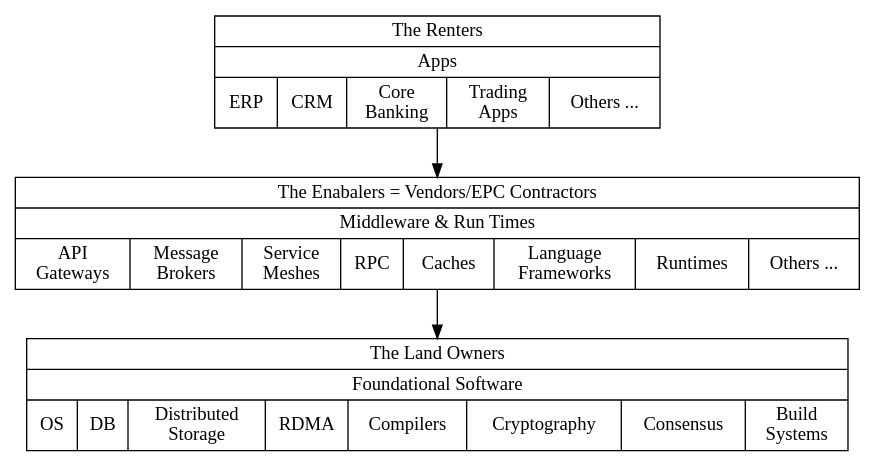
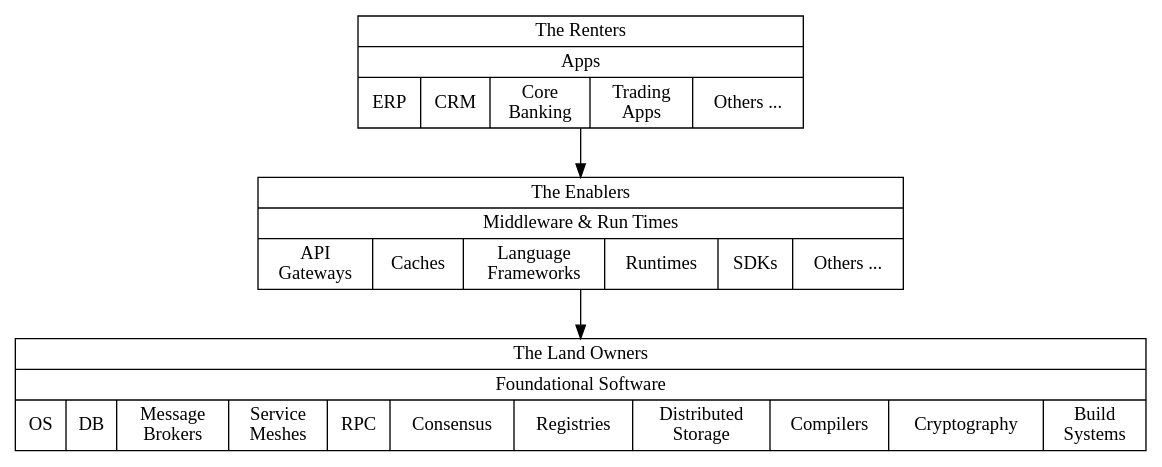
The second of 2 diagrams in articles/renting_the_floor_v4.qmd (gagan-p/articles-gp), drawn with Graphviz before and after one commit. The commit also changed other lines of this file, not shown here.

````diff
--- a/articles/renting_the_floor_v4.qmd
+++ b/articles/renting_the_floor_v4.qmd
@@ -151,15 +151,13 @@
 ```{dot}
 //| label: fig-software-stack
-//| fig-cap: "A dependency-oriented view of the software stack."
-//| label: fig-software-stack
-//| fig-cap: "A dependency-oriented view of the software stack."
+//| fig-cap: "Each layer depends on the one below it."
 digraph G {
     graph [rankdir=TB,splines=ortho,nodesep=0.5];
     node [shape=record,];
     app [label="{The Renters|Apps|{ERP|CRM|Core \nBanking|Trading \nApps|Others ...}}"];
-    middleware [label="{The Enabalers = Vendors/EPC Contractors| Middleware & Run Times|{API \nGateways | Message \nBrokers | Service \nMeshes | RPC | Caches | Language \nFrameworks | Runtimes|Others ...}}"];
-    foundation [label="{The Land Owners |Foundational Software|{OS|DB|Distributed \nStorage|RDMA|Compilers|Cryptography|Consensus|Build \nSystems}}"];
+    middleware [label="{The Enablers|Middleware & Run Times|{API \nGateways|Caches|Language \nFrameworks|Runtimes|SDKs|Others ...}}"];
+    foundation [label="{The Land Owners|Foundational Software|{OS|DB|Message \nBrokers|Service \nMeshes|RPC|Consensus|Registries|Distributed \nStorage|Compilers|Cryptography|Build \nSystems}}"];
     app -> middleware;
     middleware -> foundation
 }
 ```
````
